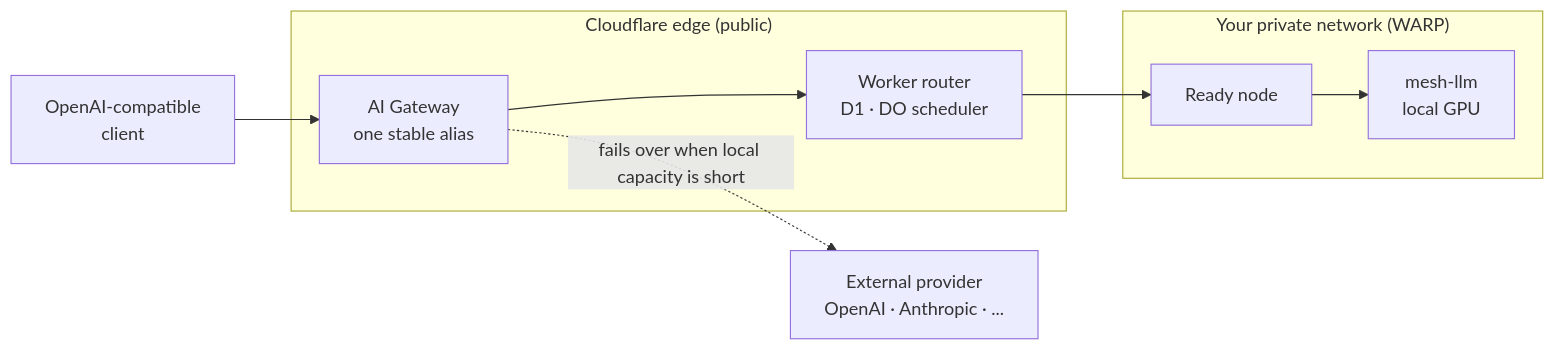
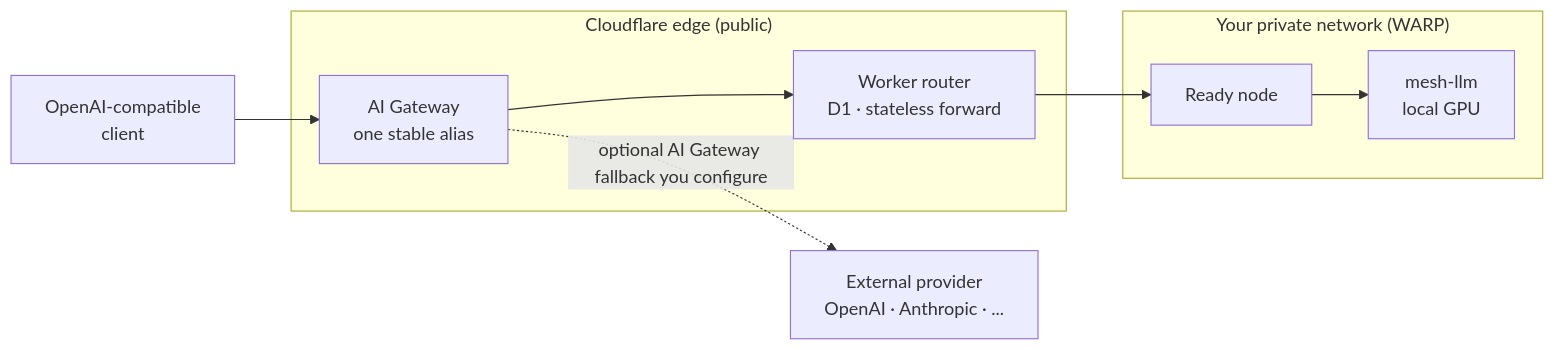
The diagram in README.md (nikolanovoselec/codeflare-inference-mesh), drawn with Mermaid before and after one commit. The commit also changed other lines of this file and 20 other files, not shown here.

````diff
--- a/README.md
+++ b/README.md
@@ -28,16 +28,16 @@
 ```mermaid
 flowchart LR
     client["OpenAI-compatible<br/>client"]
     subgraph edge["Cloudflare edge (public)"]
         gateway["AI Gateway<br/>one stable alias"]
-        router["Worker router<br/>D1 · DO scheduler"]
+        router["Worker router<br/>D1 · stateless forward"]
     end
     subgraph priv["Your private network (WARP)"]
         node["Ready node"]
         llm["mesh-llm<br/>local GPU"]
     end
     provider["External provider<br/>OpenAI · Anthropic · ..."]
 
     client --> gateway --> router --> node --> llm
-    gateway -.->|fails over when local capacity is short| provider
+    gateway -.->|optional AI Gateway fallback you configure| provider
 ```
````
